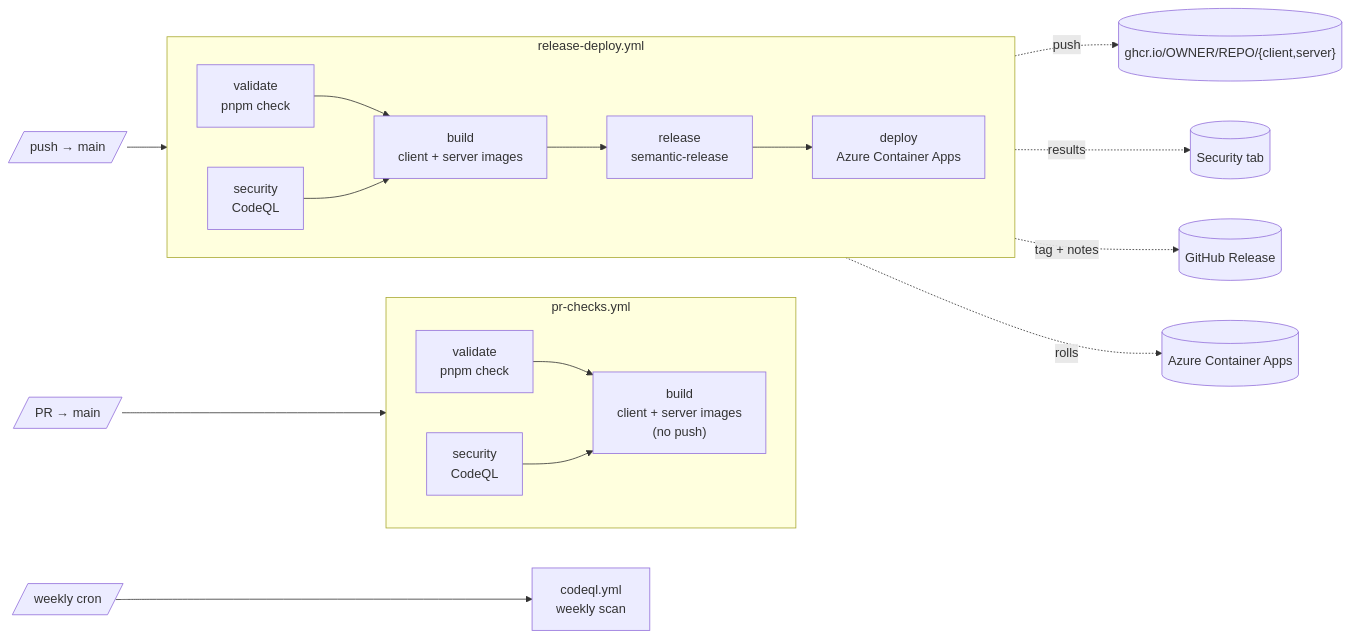
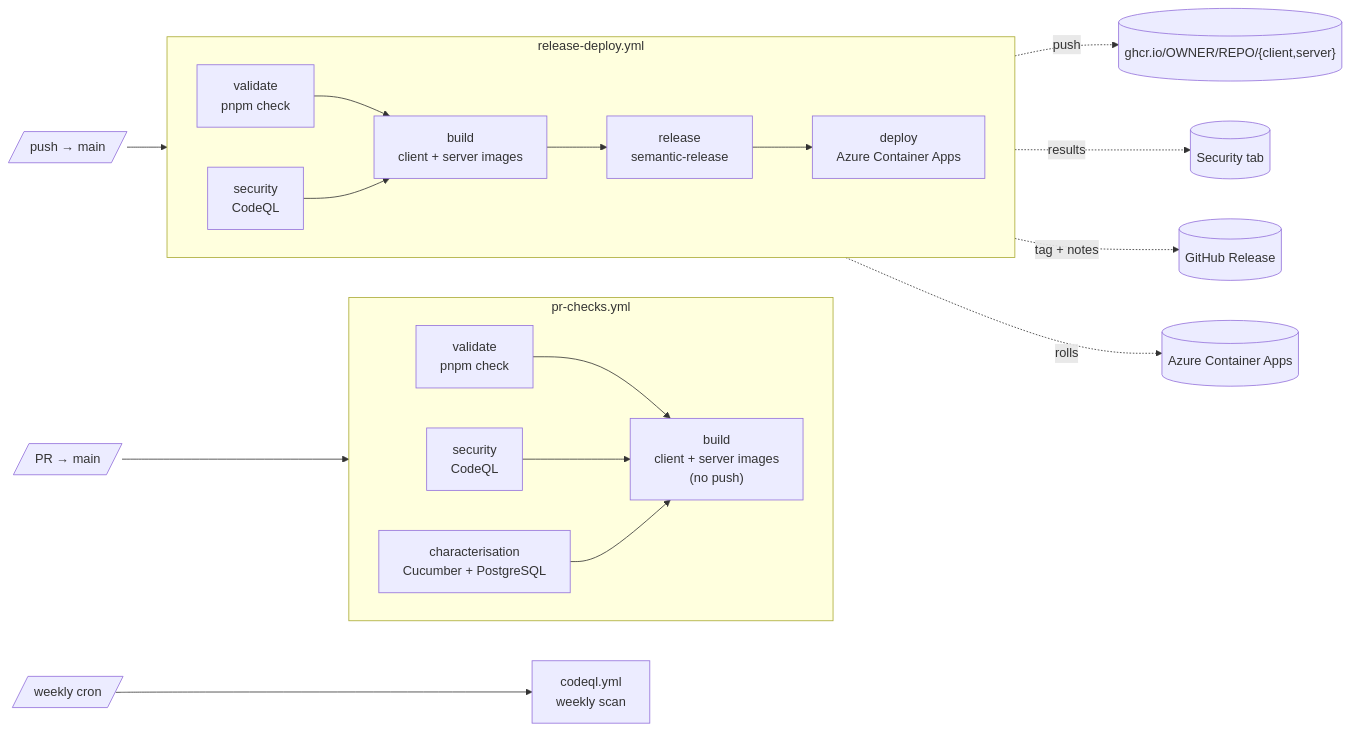
The diagram in docs/ci-cd.md (ydunets/e-commerce), drawn with Mermaid before and after one commit. The commit also changed other lines of this file and 8 other files, not shown here.

````diff
--- a/docs/ci-cd.md
+++ b/docs/ci-cd.md
@@ -24,36 +24,38 @@
 ```mermaid
 flowchart LR
   PR[/"PR → main"/]
   PUSH[/"push → main"/]
   CRON[/"weekly cron"/]
 
   subgraph PRC["pr-checks.yml"]
     direction LR
     PVALIDATE["validate<br/>pnpm check"]
     PSECURITY["security<br/>CodeQL"]
+    PCHARACTERISATION["characterisation<br/>Cucumber + PostgreSQL"]
     PBUILD["build<br/>client + server images<br/>(no push)"]
     PVALIDATE --> PBUILD
     PSECURITY --> PBUILD
+    PCHARACTERISATION --> PBUILD
   end
 
   subgraph RD["release-deploy.yml"]
     direction LR
     VALIDATE["validate<br/>pnpm check"]
     SECURITY["security<br/>CodeQL"]
     BUILD["build<br/>client + server images"]
     RELEASE["release<br/>semantic-release"]
     DEPLOY["deploy<br/>Azure Container Apps"]
     VALIDATE --> BUILD
     SECURITY --> BUILD
     BUILD --> RELEASE --> DEPLOY
   end
 
   PR --> PRC
   PUSH --> RD
   CRON --> WEEKLY["codeql.yml<br/>weekly scan"]
 
   BUILD -. push .-> GHCR[("ghcr.io/OWNER/REPO/{client,server}")]
   SECURITY -. results .-> SEC[("Security tab")]
   RELEASE -. "tag + notes" .-> REL[("GitHub Release")]
   DEPLOY -. rolls .-> AZ[("Azure Container Apps")]
 ```
````
